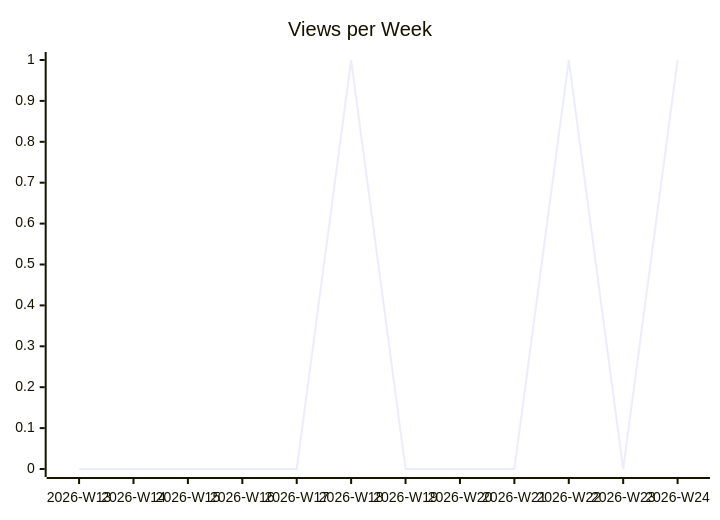
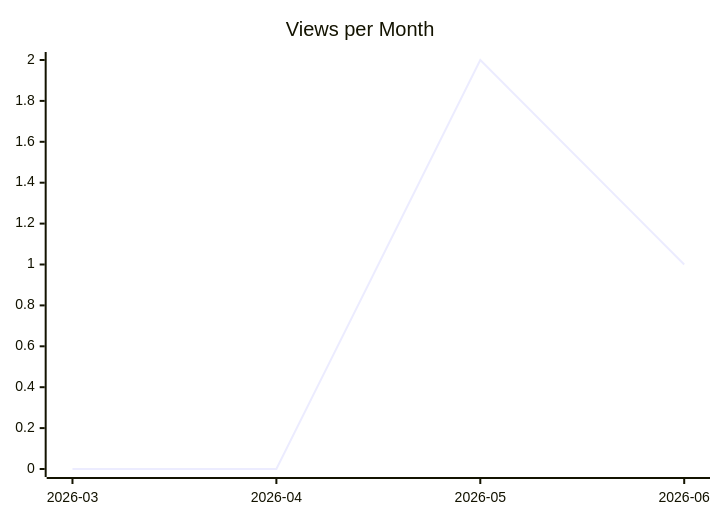
The second of 3 diagrams in karlmdavis/justdavis-karl/README.md (justdavis-family/github-analytics-data), drawn with Mermaid before and after one commit. The commit also changed other lines of this file and 198 other files, not shown here.

````diff
--- a/karlmdavis/justdavis-karl/README.md
+++ b/karlmdavis/justdavis-karl/README.md
@@ -12,6 +12,6 @@
 ```mermaid
 xychart-beta
-  title "Views per Week"
-  x-axis ["2026-W13", "2026-W14", "2026-W15", "2026-W16", "2026-W17", "2026-W18", "2026-W19", "2026-W20", "2026-W21", "2026-W22", "2026-W23", "2026-W24"]
-  line [0, 0, 0, 0, 0, 1, 0, 0, 0, 1, 0, 1]
+  title "Views per Month"
+  x-axis ["2026-03", "2026-04", "2026-05", "2026-06"]
+  line [0, 0, 2, 1]
 ```
````
